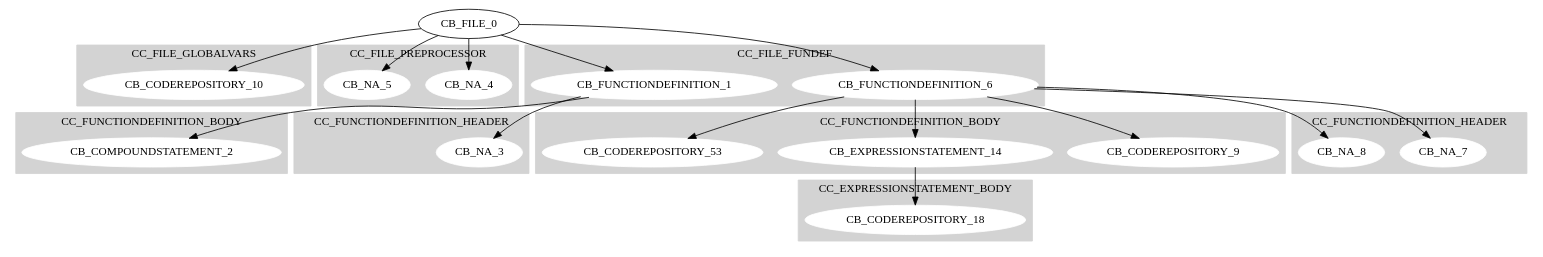
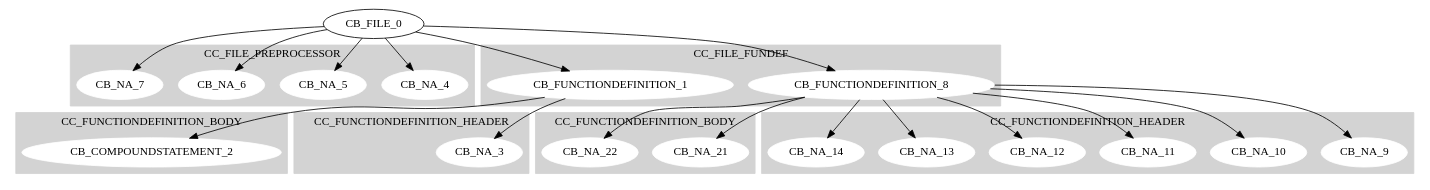
Before and after one commit to vasilismoulas/Compiler-C2ASM: the diagram in C2ASM/TestBench/CodeStructure.dot, drawn with Graphviz. The commit also changed 35 other files, not shown here.

```diff
--- a/C2ASM/TestBench/CodeStructure.dot
+++ b/C2ASM/TestBench/CodeStructure.dot
@@ -1,71 +1,60 @@
 digraph {
 	subgraph cluster0{
 		node [style=filled,color=white];
 		style=filled;
 		color=lightgrey;
-		CB_CODEREPOSITORY_10;
-		label=CC_FILE_GLOBALVARS;
+		CB_NA_4;CB_NA_5;CB_NA_6;CB_NA_7;
+		label=CC_FILE_PREPROCESSOR;
 	}
 	subgraph cluster1{
 		node [style=filled,color=white];
 		style=filled;
 		color=lightgrey;
-		CB_NA_4;CB_NA_5;
-		label=CC_FILE_PREPROCESSOR;
-	}
-	subgraph cluster2{
-		node [style=filled,color=white];
-		style=filled;
-		color=lightgrey;
-		CB_FUNCTIONDEFINITION_1;CB_FUNCTIONDEFINITION_6;
+		CB_FUNCTIONDEFINITION_1;CB_FUNCTIONDEFINITION_8;
 		label=CC_FILE_FUNDEF;
 	}
 "CB_FILE_0"->"CB_NA_4"
 "CB_FILE_0"->"CB_NA_5"
-"CB_FILE_0"->"CB_CODEREPOSITORY_10"
-	subgraph cluster3{
+"CB_FILE_0"->"CB_NA_6"
+"CB_FILE_0"->"CB_NA_7"
+	subgraph cluster2{
 		node [style=filled,color=white];
 		style=filled;
 		color=lightgrey;
 		CB_COMPOUNDSTATEMENT_2;
 		label=CC_FUNCTIONDEFINITION_BODY;
 	}
-	subgraph cluster4{
+	subgraph cluster3{
 		node [style=filled,color=white];
 		style=filled;
 		color=lightgrey;
 		CB_NA_3;
 		label=CC_FUNCTIONDEFINITION_HEADER;
 	}
 "CB_FUNCTIONDEFINITION_1"->"CB_NA_3"
 "CB_FUNCTIONDEFINITION_1"->"CB_COMPOUNDSTATEMENT_2"
 "CB_FILE_0"->"CB_FUNCTIONDEFINITION_1"
+	subgraph cluster4{
+		node [style=filled,color=white];
+		style=filled;
+		color=lightgrey;
+		CB_NA_21;CB_NA_22;
+		label=CC_FUNCTIONDEFINITION_BODY;
+	}
 	subgraph cluster5{
 		node [style=filled,color=white];
 		style=filled;
 		color=lightgrey;
-		CB_CODEREPOSITORY_9;CB_EXPRESSIONSTATEMENT_14;CB_CODEREPOSITORY_53;
-		label=CC_FUNCTIONDEFINITION_BODY;
-	}
-	subgraph cluster6{
-		node [style=filled,color=white];
-		style=filled;
-		color=lightgrey;
-		CB_NA_7;CB_NA_8;
+		CB_NA_9;CB_NA_10;CB_NA_11;CB_NA_12;CB_NA_13;CB_NA_14;
 		label=CC_FUNCTIONDEFINITION_HEADER;
 	}
-"CB_FUNCTIONDEFINITION_6"->"CB_NA_7"
-"CB_FUNCTIONDEFINITION_6"->"CB_NA_8"
-"CB_FUNCTIONDEFINITION_6"->"CB_CODEREPOSITORY_9"
-	subgraph cluster7{
-		node [style=filled,color=white];
-		style=filled;
-		color=lightgrey;
-		CB_CODEREPOSITORY_18;
-		label=CC_EXPRESSIONSTATEMENT_BODY;
-	}
-"CB_EXPRESSIONSTATEMENT_14"->"CB_CODEREPOSITORY_18"
-"CB_FUNCTIONDEFINITION_6"->"CB_EXPRESSIONSTATEMENT_14"
-"CB_FUNCTIONDEFINITION_6"->"CB_CODEREPOSITORY_53"
-"CB_FILE_0"->"CB_FUNCTIONDEFINITION_6"
+"CB_FUNCTIONDEFINITION_8"->"CB_NA_9"
+"CB_FUNCTIONDEFINITION_8"->"CB_NA_10"
+"CB_FUNCTIONDEFINITION_8"->"CB_NA_11"
+"CB_FUNCTIONDEFINITION_8"->"CB_NA_12"
+"CB_FUNCTIONDEFINITION_8"->"CB_NA_13"
+"CB_FUNCTIONDEFINITION_8"->"CB_NA_14"
+"CB_FUNCTIONDEFINITION_8"->"CB_NA_21"
+"CB_FUNCTIONDEFINITION_8"->"CB_NA_22"
+"CB_FILE_0"->"CB_FUNCTIONDEFINITION_8"
 }
```
